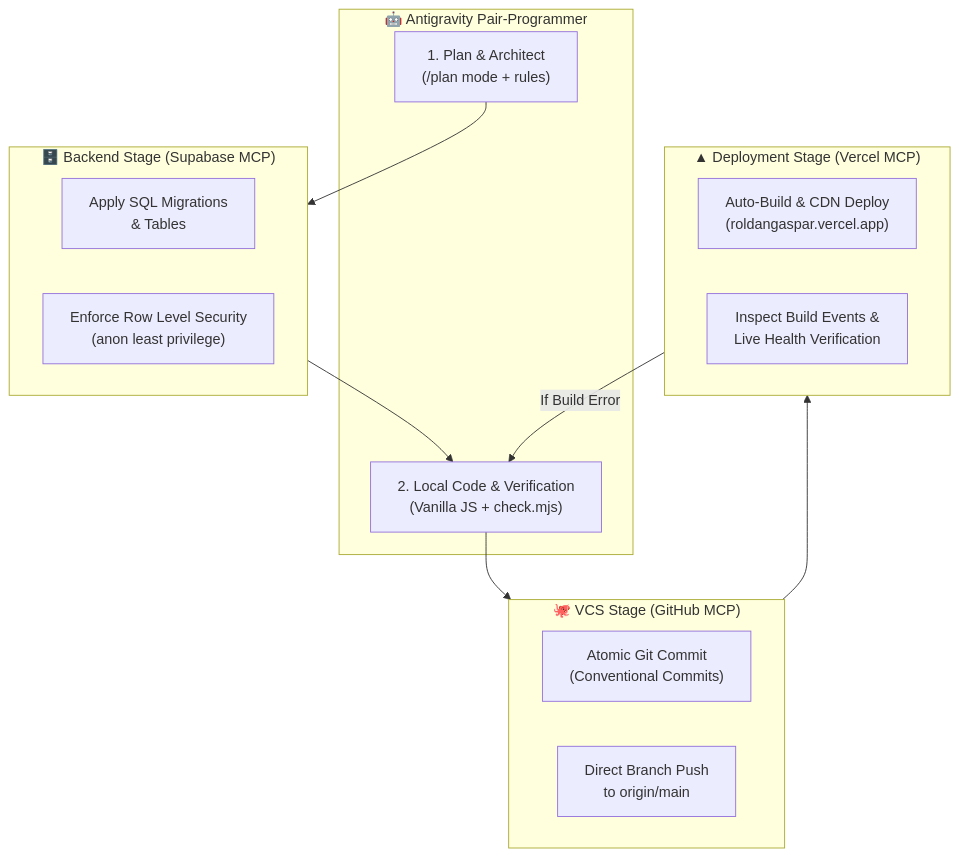
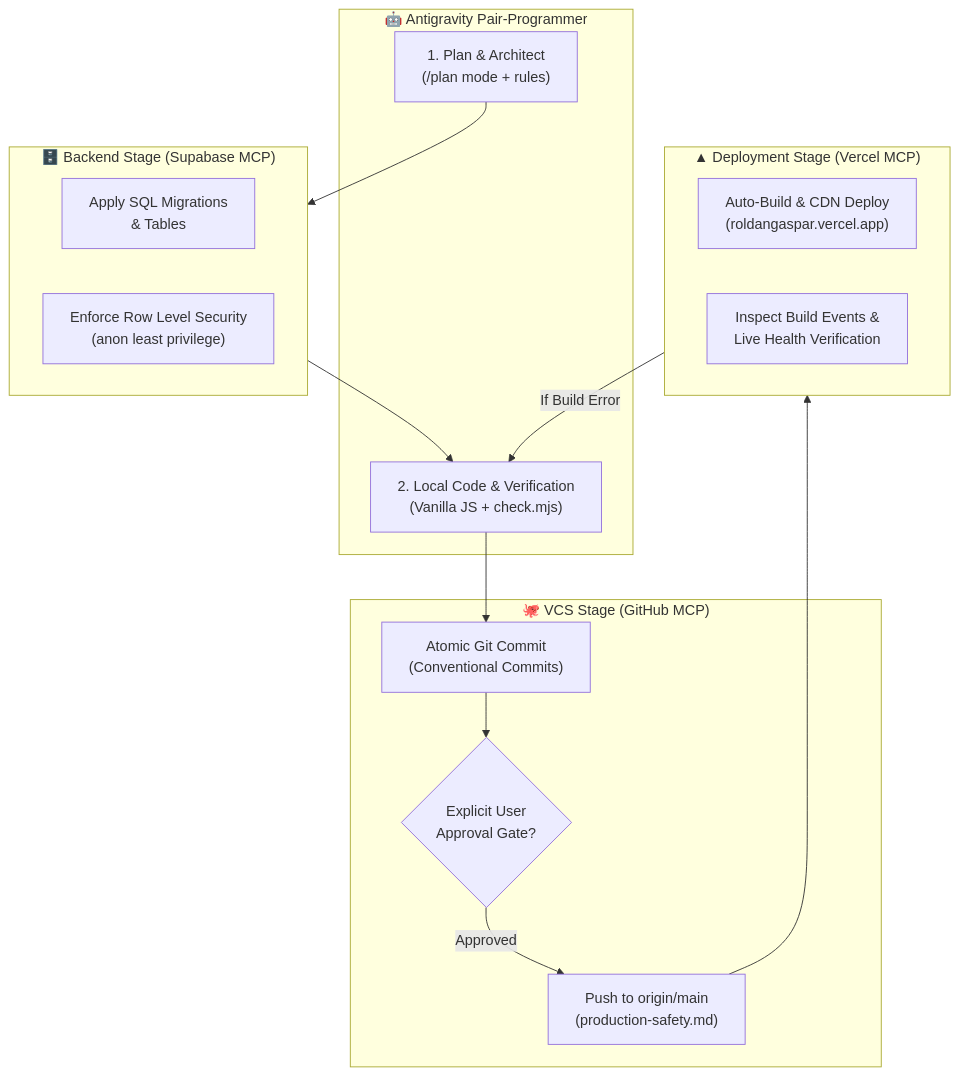
Before and after one commit to RoldanGaspar/Portfolio_Brylim_inspo: the first of 2 diagrams in .agents/context/PIPELINE_WORKFLOW.md, drawn with Mermaid. The commit also changed other lines of this file and 21 other files, not shown here.

Commit message:
fix(audit): resolve 12 documentation, accessibility, and schema findings

````diff
--- a/.agents/context/PIPELINE_WORKFLOW.md
+++ b/.agents/context/PIPELINE_WORKFLOW.md
@@ -11,28 +11,31 @@
 ```mermaid
 flowchart TD
     subgraph Local_Agent ["🤖 Antigravity Pair-Programmer"]
         Plan["1. Plan & Architect<br/>(/plan mode + rules)"]
         Code["2. Local Code & Verification<br/>(Vanilla JS + check.mjs)"]
     end
 
     subgraph Backend_Stage ["🗄️ Backend Stage (Supabase MCP)"]
         SupaDDL["Apply SQL Migrations<br/>& Tables"]
         SupaRLS["Enforce Row Level Security<br/>(anon least privilege)"]
     end
 
     subgraph VCS_Stage ["🐙 VCS Stage (GitHub MCP)"]
         GitCommit["Atomic Git Commit<br/>(Conventional Commits)"]
-        GitPush["Direct Branch Push<br/>to origin/main"]
+        UserApprove{"Explicit User<br/>Approval Gate?"}
+        GitPush["Push to origin/main<br/>(production-safety.md)"]
     end
 
     subgraph Deployment_Stage ["▲ Deployment Stage (Vercel MCP)"]
         VercelBuild["Auto-Build & CDN Deploy<br/>(roldangaspar.vercel.app)"]
         VercelCheck["Inspect Build Events &<br/>Live Health Verification"]
     end
 
     Plan --> Backend_Stage
     Backend_Stage --> Code
-    Code --> VCS_Stage
-    VCS_Stage --> Deployment_Stage
+    Code --> GitCommit
+    GitCommit --> UserApprove
+    UserApprove -->|Approved| GitPush
+    GitPush --> Deployment_Stage
     Deployment_Stage -->|If Build Error| Code
 ```
````
